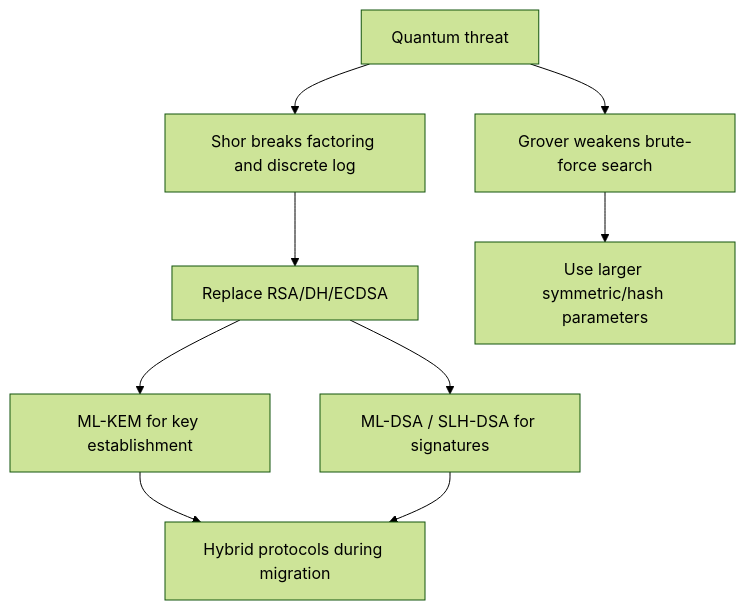
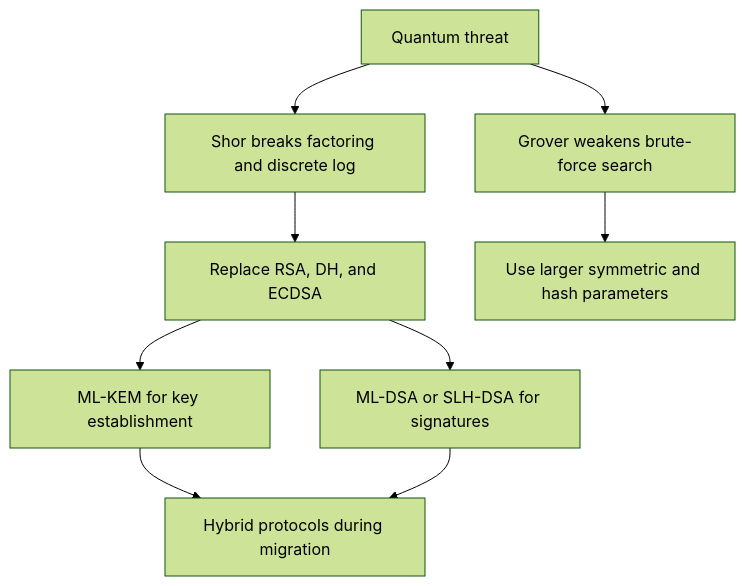
One commit to justinbrianhwang/SJ-wiki changed the diagram in docs/cs/cryptography/post-quantum-cryptography.md. Above: the diagram before and after it, drawn with Mermaid (forest theme). The commit also changed other lines of this file and 955 other files, not shown here.

````diff
--- a/docs/cs/cryptography/post-quantum-cryptography.md
+++ b/docs/cs/cryptography/post-quantum-cryptography.md
@@ -76,11 +72,11 @@
 ```mermaid
 flowchart TD
-  A[Quantum threat] --> B[Shor breaks factoring and discrete log]
-  A --> C[Grover weakens brute-force search]
-  B --> D[Replace RSA/DH/ECDSA]
-  C --> E[Use larger symmetric/hash parameters]
-  D --> F[ML-KEM for key establishment]
-  D --> G[ML-DSA / SLH-DSA for signatures]
-  F --> H[Hybrid protocols during migration]
+  A["Quantum threat"] --> B["Shor breaks factoring and discrete log"]
+  A --> C["Grover weakens brute-force search"]
+  B --> D["Replace RSA, DH, and ECDSA"]
+  C --> E["Use larger symmetric and hash parameters"]
+  D --> F["ML-KEM for key establishment"]
+  D --> G["ML-DSA or SLH-DSA for signatures"]
+  F --> H["Hybrid protocols during migration"]
   G --> H
 ```
````
